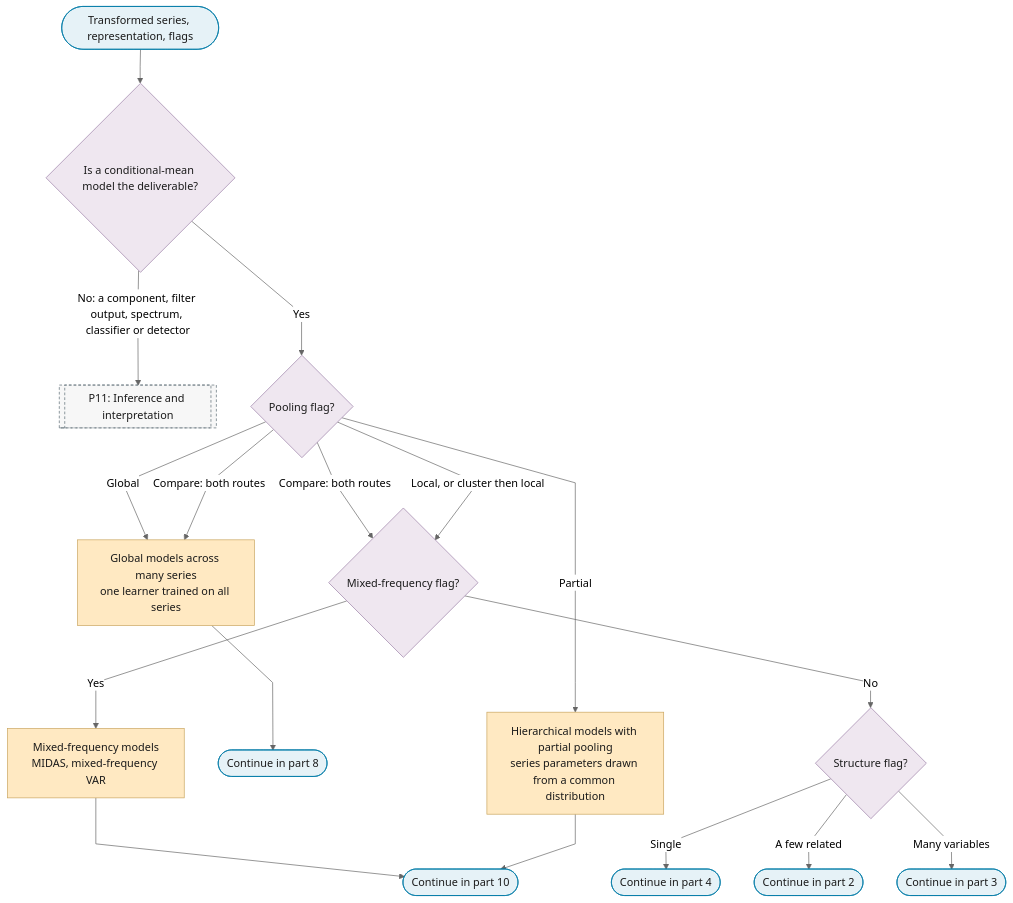
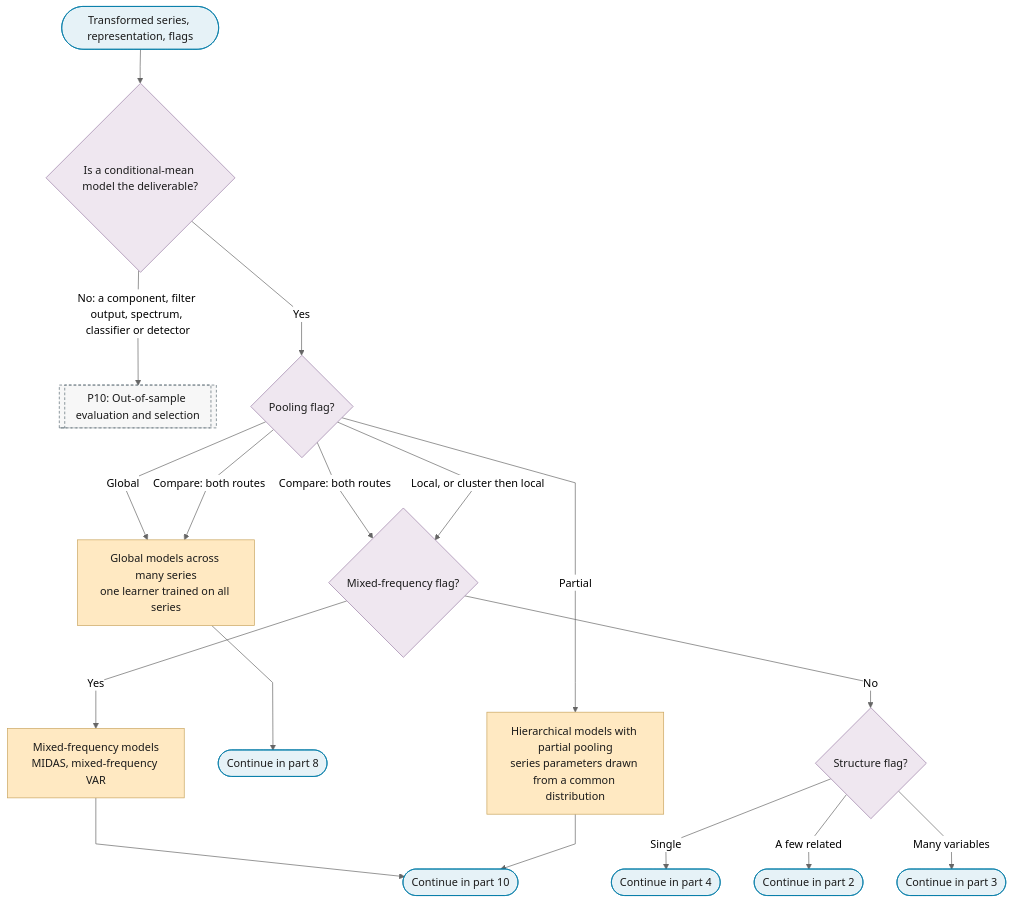
The first of 10 diagrams in docs/01-workflow/p06-mean-model-class.md (Shuxin-Y/time-series-analysis-manual), drawn with Mermaid (neutral theme) before and after one commit. The commit also changed 8 other files, not shown here.

````diff
--- a/docs/01-workflow/p06-mean-model-class.md
+++ b/docs/01-workflow/p06-mean-model-class.md
@@ -11,31 +11,31 @@
 ```mermaid
 %%{init: {"flowchart": {"curve": "linear"}}}%%
 graph TD
     P6_IN(["Transformed series, representation, flags"]) --> P6_MODEL_NEEDED{"Is a conditional-mean model the deliverable?"}
-    P6_MODEL_NEEDED -->|"No: a component, filter output, spectrum, classifier or detector"| P11[["P11: Inference and interpretation"]]
+    P6_MODEL_NEEDED -->|"No: a component, filter output, spectrum, classifier or detector"| P10[["P10: Out-of-sample evaluation and selection"]]
     P6_MODEL_NEEDED -->|"Yes"| P6_POOLING{"Pooling flag?"}
     P6_POOLING -->|"Global"| P6_GLOBAL_MODELS["Global models across many series<br/>one learner trained on all series"]
     P6_POOLING -->|"Compare: both routes"| P6_GLOBAL_MODELS
     P6_POOLING -->|"Compare: both routes"| P6_MIXED_Q
     P6_POOLING -->|"Local, or cluster then local"| P6_MIXED_Q{"Mixed-frequency flag?"}
     P6_POOLING -->|"Partial"| P6_PARTIAL_POOLING["Hierarchical models with partial pooling<br/>series parameters drawn from a common distribution"]
     P6_GLOBAL_MODELS --> P6_TO_PART_8(["Continue in part 8"])
     P6_MIXED_Q -->|"Yes"| P6_MIXED_FREQUENCY["Mixed-frequency models<br/>MIDAS, mixed-frequency VAR"]
     P6_MIXED_Q -->|"No"| P6_STRUCTURE_Q{"Structure flag?"}
     P6_STRUCTURE_Q -->|"Single"| P6_TO_PART_4(["Continue in part 4"])
     P6_STRUCTURE_Q -->|"A few related"| P6_TO_PART_2(["Continue in part 2"])
     P6_STRUCTURE_Q -->|"Many variables"| P6_TO_PART_3(["Continue in part 3"])
     P6_MIXED_FREQUENCY & P6_PARTIAL_POOLING --> P6_PART_1_OUT(["Continue in part 10"])
     class P6_GLOBAL_MODELS,P6_PARTIAL_POOLING,P6_MIXED_FREQUENCY escalate
     class P6_IN,P6_TO_PART_8,P6_TO_PART_4,P6_TO_PART_2,P6_TO_PART_3,P6_PART_1_OUT terminator
     class P6_MODEL_NEEDED,P6_POOLING,P6_MIXED_Q,P6_STRUCTURE_Q decision
-    class P11 ref
+    class P10 ref
     classDef terminator fill:#E6F2F7,stroke:#007BA7,color:#1A1A1A;
     classDef process fill:#FFFFFF,stroke:#5A6B73,color:#1A1A1A;
     classDef decision fill:#EFE7F0,stroke:#9B7FA7,color:#1A1A1A;
     classDef data fill:#FFF4E0,stroke:#C9A55E,color:#1A1A1A;
     classDef good fill:#DCEFD8,stroke:#4A7A3F,color:#1A1A1A;
     classDef escalate fill:#FFE9C2,stroke:#C9A55E,color:#1A1A1A;
     classDef problem fill:#F2D9DE,stroke:#800020,color:#1A1A1A;
     classDef ref fill:#F7F7F7,stroke:#5A6B73,color:#1A1A1A,stroke-dasharray:4 3;
 ```
````
